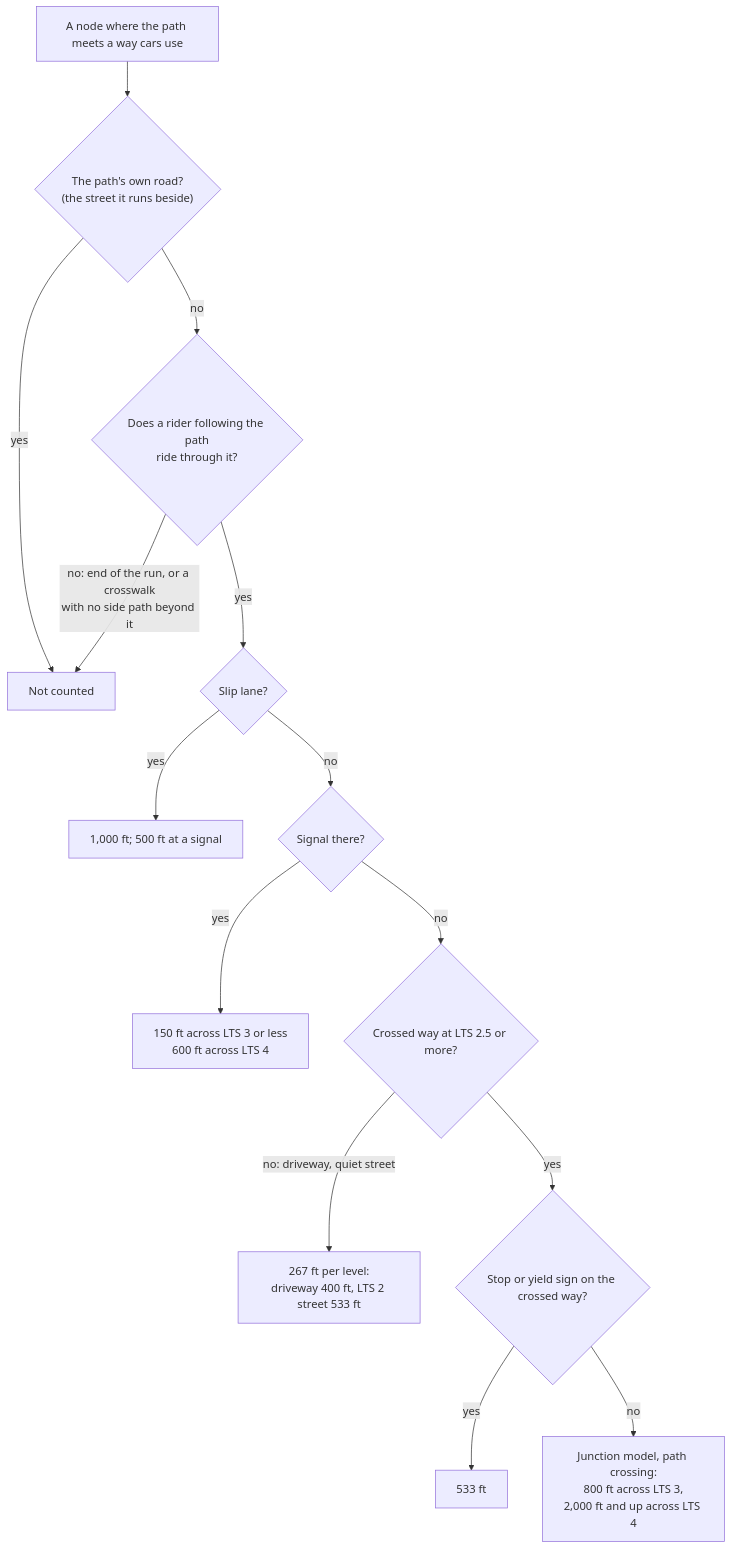
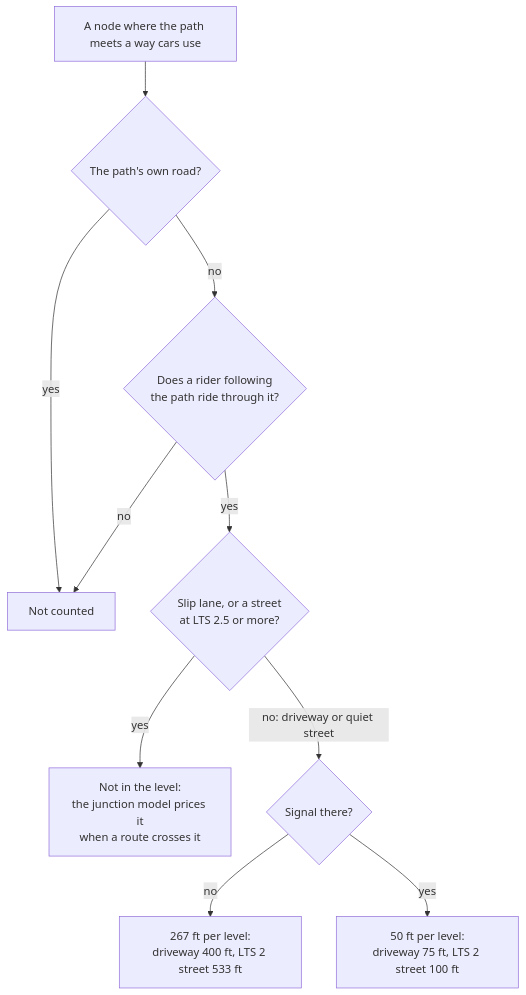
One commit to Macrophage87/RouteMaker changed the third of 8 diagrams in docs/stress/side-paths.md. Above: the diagram before and after it, drawn with Mermaid. The commit also changed other lines of this file, not shown here.

First line of the commit message:
Docs: side-paths.md says each crossing is priced once

````diff
--- a/docs/stress/side-paths.md
+++ b/docs/stress/side-paths.md
@@ -181,16 +181,12 @@
 ```mermaid
 flowchart TD
-    P["A node where the path meets a way cars use"] --> O{"The path's own road?<br/>(the street it runs beside)"}
+    P["A node where the path meets a way cars use"] --> O{"The path's own road?"}
     O -- yes --> X["Not counted"]
-    O -- no --> T{"Does a rider following the path<br/>ride through it?"}
-    T -- "no: end of the run, or a crosswalk<br/>with no side path beyond it" --> X
-    T -- yes --> S{"Slip lane?"}
-    S -- yes --> SL["1,000 ft; 500 ft at a signal"]
-    S -- no --> G{"Signal there?"}
-    G -- yes --> SG["150 ft across LTS 3 or less<br/>600 ft across LTS 4"]
-    G -- no --> Q{"Crossed way at LTS 2.5 or more?"}
-    Q -- "no: driveway, quiet street" --> QF["267 ft per level:<br/>driveway 400 ft, LTS 2 street 533 ft"]
-    Q -- yes --> ST{"Stop or yield sign on the crossed way?"}
-    ST -- yes --> QS["533 ft"]
-    ST -- no --> U["Junction model, path crossing:<br/>800 ft across LTS 3,<br/>2,000 ft and up across LTS 4"]
+    O -- no --> T{"Does a rider following<br/>the path ride through it?"}
+    T -- no --> X
+    T -- yes --> B{"Slip lane, or a street<br/>at LTS 2.5 or more?"}
+    B -- yes --> J["Not in the level:<br/>the junction model prices it<br/>when a route crosses it"]
+    B -- "no: driveway or quiet street" --> G{"Signal there?"}
+    G -- no --> QF["267 ft per level:<br/>driveway 400 ft, LTS 2 street 533 ft"]
+    G -- yes --> SG["50 ft per level:<br/>driveway 75 ft, LTS 2 street 100 ft"]
 ```
````
